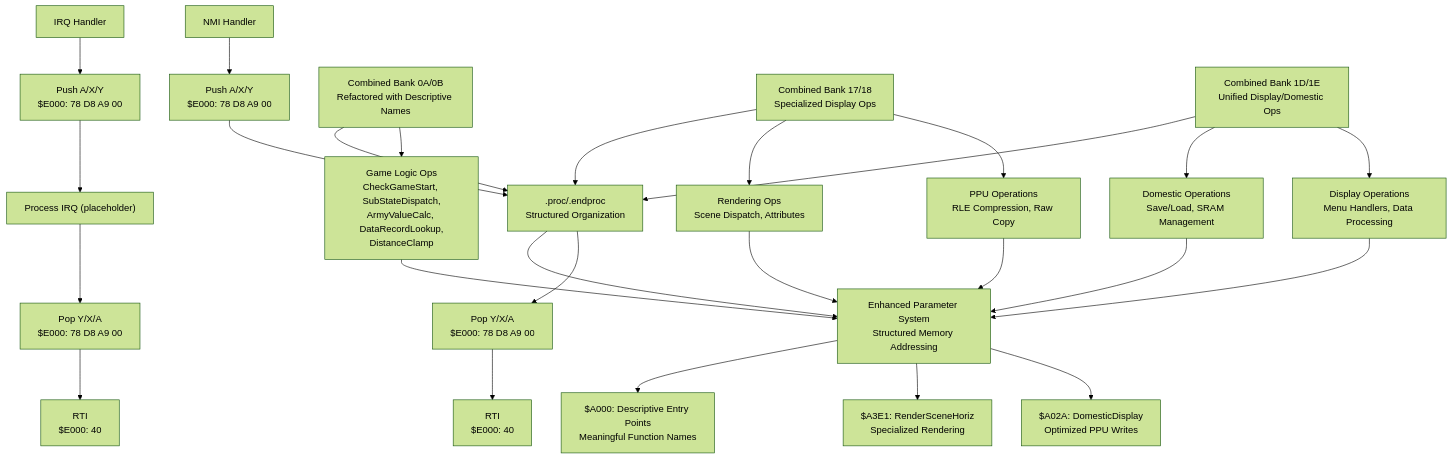
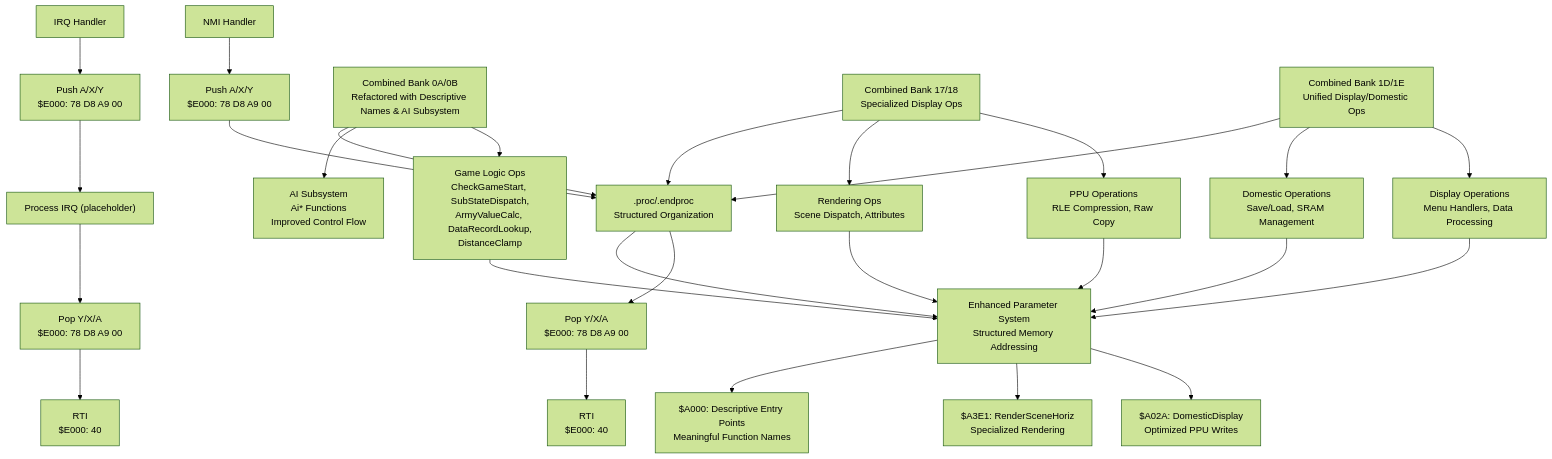
Diagram 11 of 17 in .qoder/repowiki/en/content/Assembly Architecture/Assembly Architecture.md (rabbyzero/sango2dasm), drawn with Mermaid (forest theme) before and after one commit. The commit also changed other lines of this file and 5 other files, not shown here.

````diff
--- a/.qoder/repowiki/en/content/Assembly Architecture/Assembly Architecture.md
+++ b/.qoder/repowiki/en/content/Assembly Architecture/Assembly Architecture.md
@@ -699,29 +748,30 @@
 ```mermaid
 flowchart TD
 NMI["NMI Handler"] --> SAVE["Push A/X/Y<br/>$E000: 78 D8 A9 00"]
 SAVE --> PROC["Process NMI (placeholder)"]
 PROC --> RESTORE["Pop Y/X/A<br/>$E000: 78 D8 A9 00"]
 RESTORE --> RTI["RTI<br/>$E000: 40"]
 IRQ["IRQ Handler"] --> SAVE2["Push A/X/Y<br/>$E000: 78 D8 A9 00"]
 SAVE2 --> PROC2["Process IRQ (placeholder)"]
 PROC2 --> RESTORE2["Pop Y/X/A<br/>$E000: 78 D8 A9 00"]
 RESTORE2 --> RTI2["RTI<br/>$E000: 40"]
-COMBINED0A_0B["Combined Bank 0A/0B<br/>Refactored with Descriptive Names"] --> GAMELOGIC["Game Logic Ops<br/>CheckGameStart, SubStateDispatch,<br/>ArmyValueCalc, DataRecordLookup,<br/>DistanceClamp"]
+COMBINED0A_0B["Combined Bank 0A/0B<br/>Refactored with Descriptive Names & AI Subsystem"] --> GAMELOGIC["Game Logic Ops<br/>CheckGameStart, SubStateDispatch,<br/>ArmyValueCalc, DataRecordLookup,<br/>DistanceClamp"]
+COMBINED0A_0B --> AI_SUBSYSTEM["AI Subsystem<br/>Ai* Functions<br/>Improved Control Flow"]
 COMBINED17_18["Combined Bank 17/18<br/>Specialized Display Ops"] --> PPUOPS["PPU Operations<br/>RLE Compression, Raw Copy"]
 COMBINED17_18 --> RENDEROPS["Rendering Ops<br/>Scene Dispatch, Attributes"]
 COMBINED1D_1E["Combined Bank 1D/1E<br/>Unified Display/Domestic Ops"] --> DISPLAYOPS["Display Operations<br/>Menu Handlers, Data Processing"]
 COMBINED1D_1E --> DOMESTICOPS["Domestic Operations<br/>Save/Load, SRAM Management"]
 COMBINED0A_0B --> PROC[".proc/.endproc<br/>Structured Organization"]
 COMBINED17_18 --> PROC
 COMBINED1D_1E --> PROC
 PARAMSYS["Enhanced Parameter System<br/>Structured Memory Addressing"]
 GAMELOGIC --> PARAMSYS
 PPUOPS --> PARAMSYS
 RENDEROPS --> PARAMSYS
 DISPLAYOPS --> PARAMSYS
 DOMESTICOPS --> PARAMSYS
 PROC --> PARAMSYS
 PARAMSYS --> OPTIMIZED["$A02A: DomesticDisplay<br/>Optimized PPU Writes"]
 PARAMSYS --> SPECIALIZED["$A3E1: RenderSceneHoriz<br/>Specialized Rendering"]
 PARAMSYS --> UNIFIED["$A000: Descriptive Entry Points<br/>Meaningful Function Names"]
 ```
````
